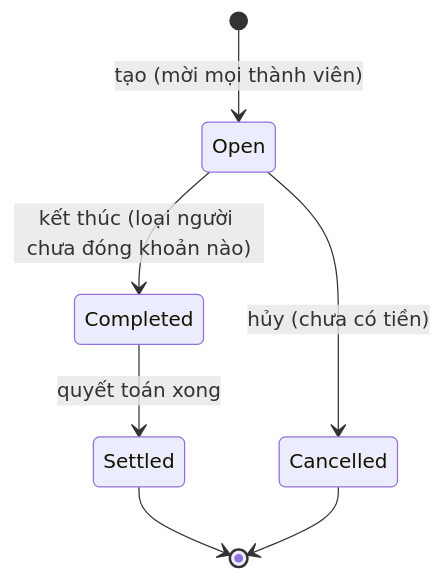
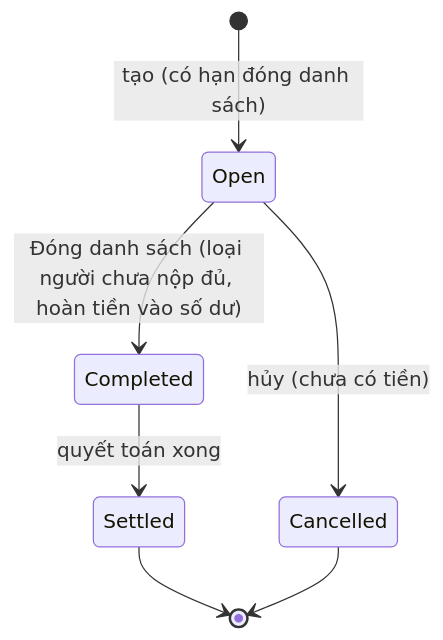
Before and after one commit to hodangquynh1546/OJT-GST-CES: the second of 2 diagrams in docs/business-analysis/business-rules-and-processes.md, drawn with Mermaid. The commit also changed other lines of this file and 146 other files, not shown here.

Commit message:
feat: luồng theo góp ý mentor – thủ quỹ tích đã thu, đóng danh sách hoàn số dư, quyết toán chia đều, rút số dư do thủ quỹ

````diff
--- a/docs/business-analysis/business-rules-and-processes.md
+++ b/docs/business-analysis/business-rules-and-processes.md
@@ -106,9 +110,9 @@
 ```mermaid
 stateDiagram-v2
-  [*] --> Open: tạo (mời mọi thành viên)
+  [*] --> Open: tạo (có hạn đóng danh sách)
   Open --> Cancelled: hủy (chưa có tiền)
-  Open --> Completed: kết thúc (loại người chưa đóng khoản nào)
+  Open --> Completed: Đóng danh sách (loại người chưa nộp đủ, hoàn tiền vào số dư)
   Completed --> Settled: quyết toán xong
   Settled --> [*]
   Cancelled --> [*]
 ```
````
